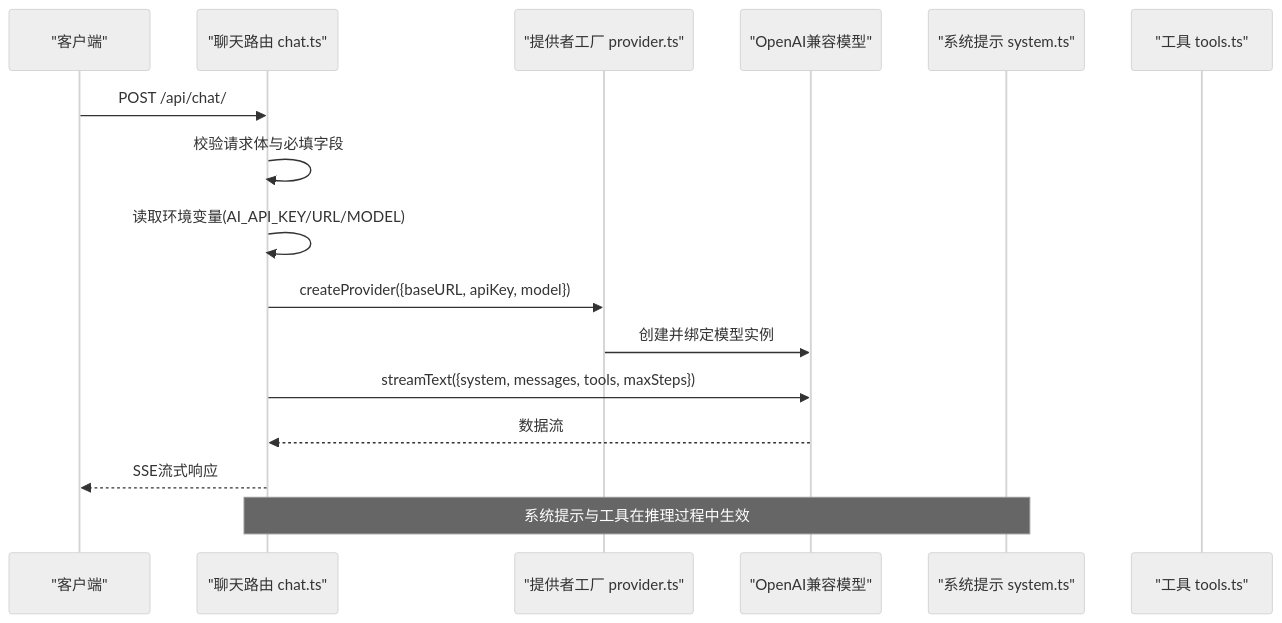
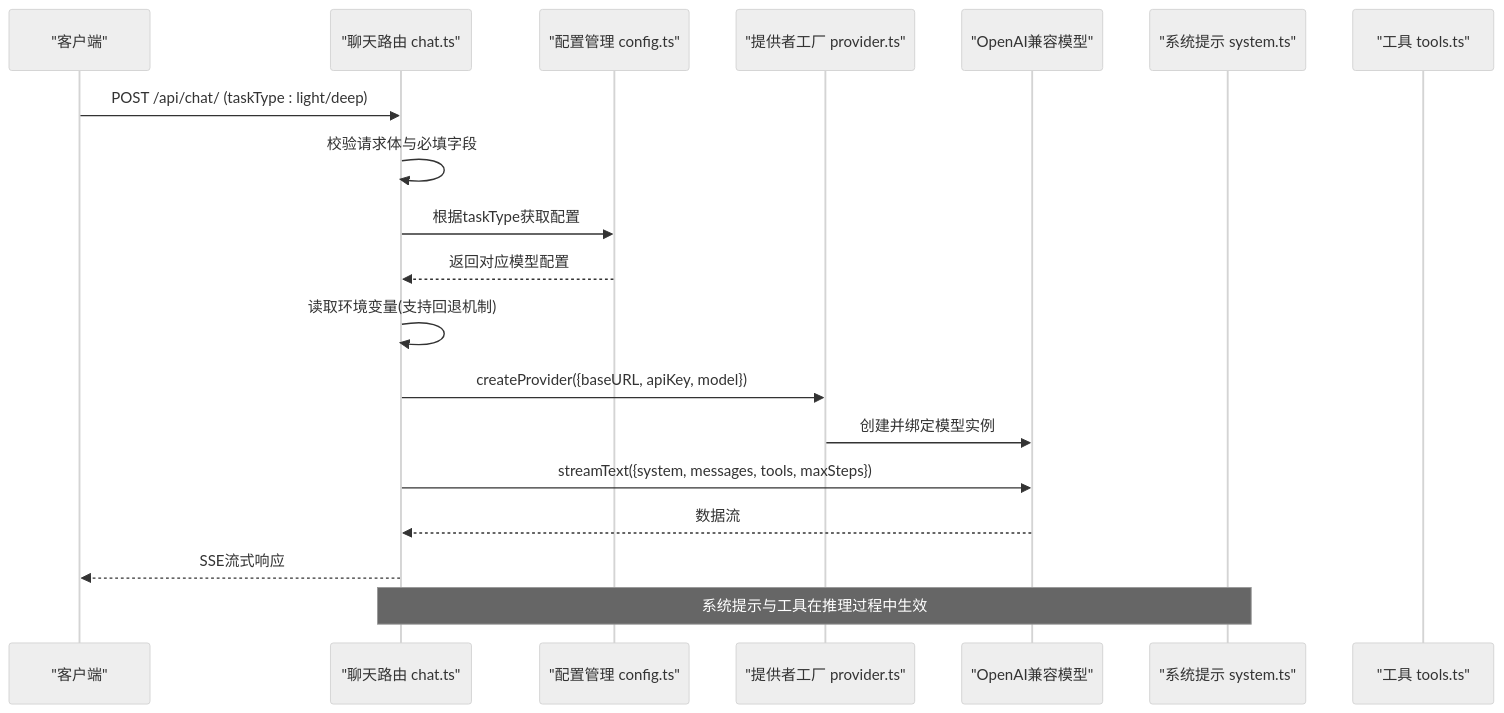
One commit to aHin0805/FH6CarSettingAgent changed the third of 8 diagrams in .qoder/repowiki/zh/content/AI集成模块/AI提供商配置.md. Above: the diagram before and after it, drawn with Mermaid (neutral theme). The commit also changed other lines of this file and 59 other files, not shown here.

````diff
--- a/.qoder/repowiki/zh/content/AI集成模块/AI提供商配置.md
+++ b/.qoder/repowiki/zh/content/AI集成模块/AI提供商配置.md
@@ -102,18 +150,21 @@
 ```mermaid
 sequenceDiagram
 participant C as "客户端"
 participant R as "聊天路由 chat.ts"
+participant CFG as "配置管理 config.ts"
 participant P as "提供者工厂 provider.ts"
 participant O as "OpenAI兼容模型"
 participant S as "系统提示 system.ts"
 participant T as "工具 tools.ts"
-C->>R : POST /api/chat/
+C->>R : POST /api/chat/ (taskType : light/deep)
 R->>R : 校验请求体与必填字段
-R->>R : 读取环境变量(AI_API_KEY/URL/MODEL)
+R->>CFG : 根据taskType获取配置
+CFG-->>R : 返回对应模型配置
+R->>R : 读取环境变量(支持回退机制)
 R->>P : createProvider({baseURL, apiKey, model})
 P->>O : 创建并绑定模型实例
 R->>O : streamText({system, messages, tools, maxSteps})
 O-->>R : 数据流
 R-->>C : SSE流式响应
 Note over R,S : 系统提示与工具在推理过程中生效
 ```
````
